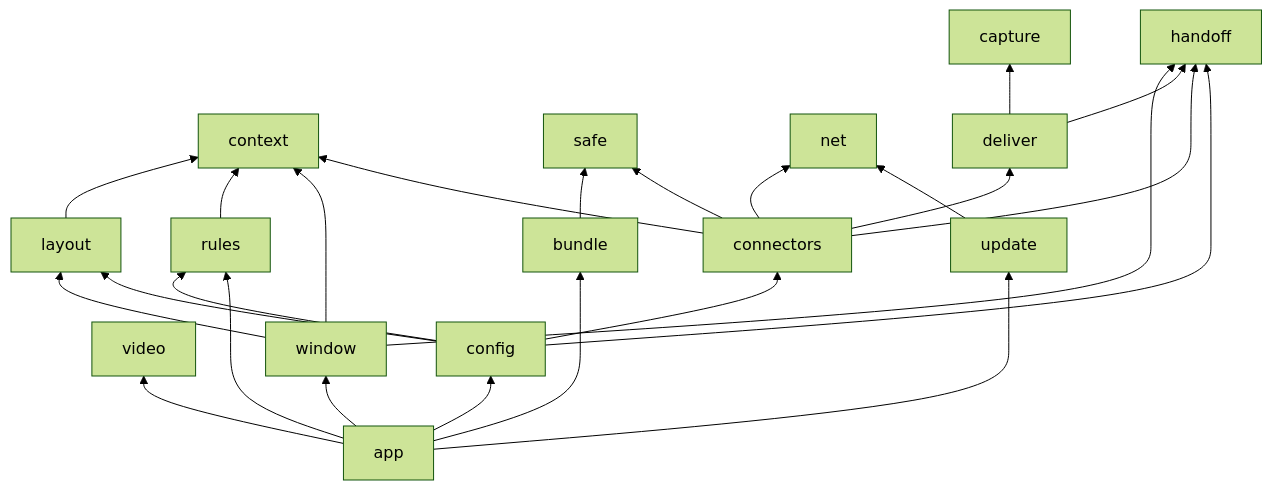
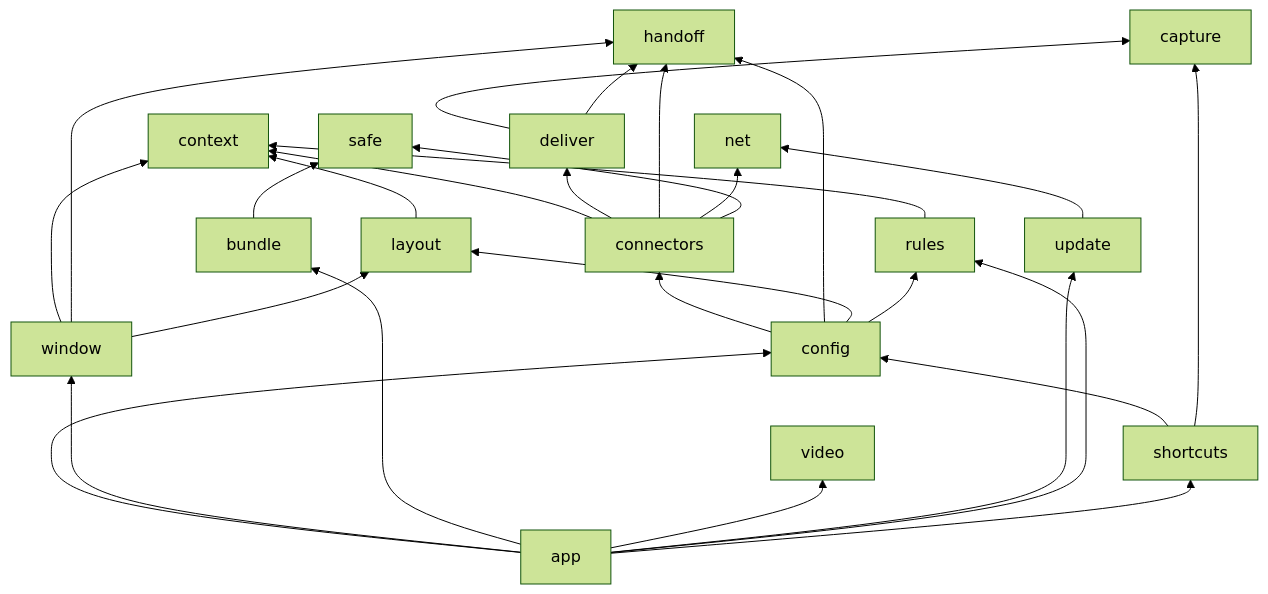
Before and after one commit to SotharL/CargoFrame: the second of 3 diagrams in docs/development-plan.md, drawn with Mermaid (forest theme). The commit also changed other lines of this file and 56 other files, not shown here.

````diff
--- a/docs/development-plan.md
+++ b/docs/development-plan.md
@@ -89,14 +89,15 @@
 ```mermaid
 flowchart BT
     context & safe & handoff & capture & video
     layout --> context
     rules --> context
     window --> context & handoff & layout
     bundle --> safe
     net
     deliver --> capture & handoff
     connectors --> context & deliver & handoff & net & safe
     config --> connectors & handoff & layout & rules
     update --> net
-    app[app] --> config & window & bundle & video & update & rules
+    shortcuts --> config & capture
+    app[app] --> config & window & bundle & video & update & rules & shortcuts
 ```
````
